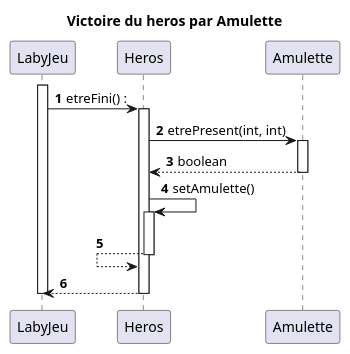
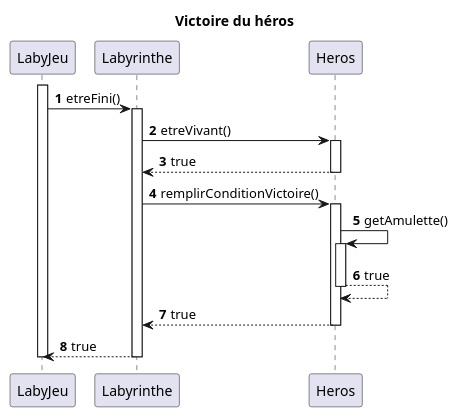
Before and after one commit to crochetremi/2025_Zeldiablo2_e20157u_e82008u_e89209u_e26078u: the diagram in documents/version_4/DS_VictoireHerosAmulette.puml, drawn with PlantUML. The commit also changed 3 other files, not shown here.

Commit message:
diagramme sequence

```diff
--- a/documents/version_4/DS_VictoireHerosAmulette.puml
+++ b/documents/version_4/DS_VictoireHerosAmulette.puml
@@ -1,31 +1,32 @@
 @startuml
-'https://plantuml.com/sequence-diagram
-
-title Victoire du heros par Amulette
+title Victoire du héros
 
 autonumber
 
 Participant "LabyJeu" as labyjeu
+Participant "Labyrinthe" as laby
 Participant "Heros" as heros
-Participant "Amulette" as amulette
 
 activate labyjeu
-labyjeu ->  heros : etreFini() :
+labyjeu -> laby : etreFini()
+activate laby
 
+laby -> heros : etreVivant()
 activate heros
-heros -> amulette : etrePresent(int, int)
-
-activate amulette
-heros <-- amulette : boolean
-deactivate amulette
-heros -> heros : setAmulette()
-activate heros
-
-heros <-- heros
+heros --> laby : true
 deactivate heros
 
-labyjeu <-- heros
+laby -> heros : remplirConditionVictoire()
+activate heros
+heros -> heros : getAmulette()
+activate heros
+heros --> heros : true
+deactivate heros
+heros --> laby : true
+deactivate heros
 
-deactivate heros
+laby --> labyjeu : true
+deactivate laby
+
 deactivate labyjeu
 @enduml
```
